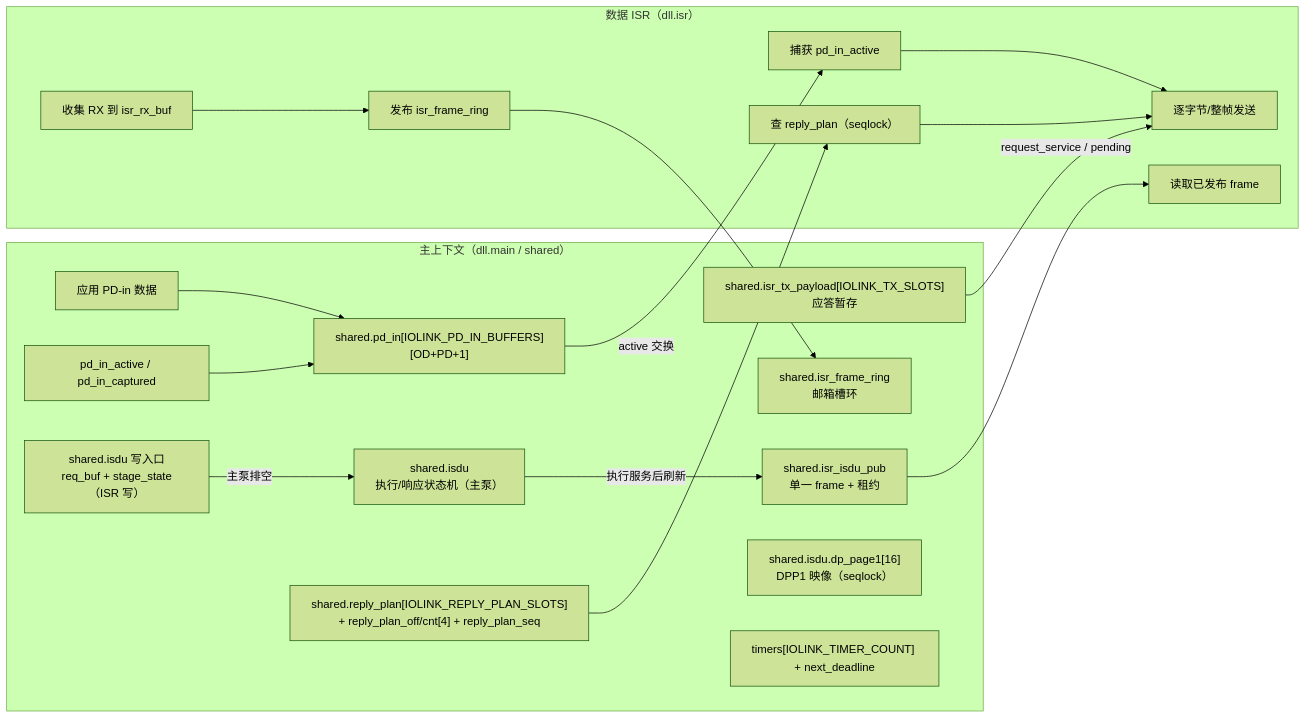
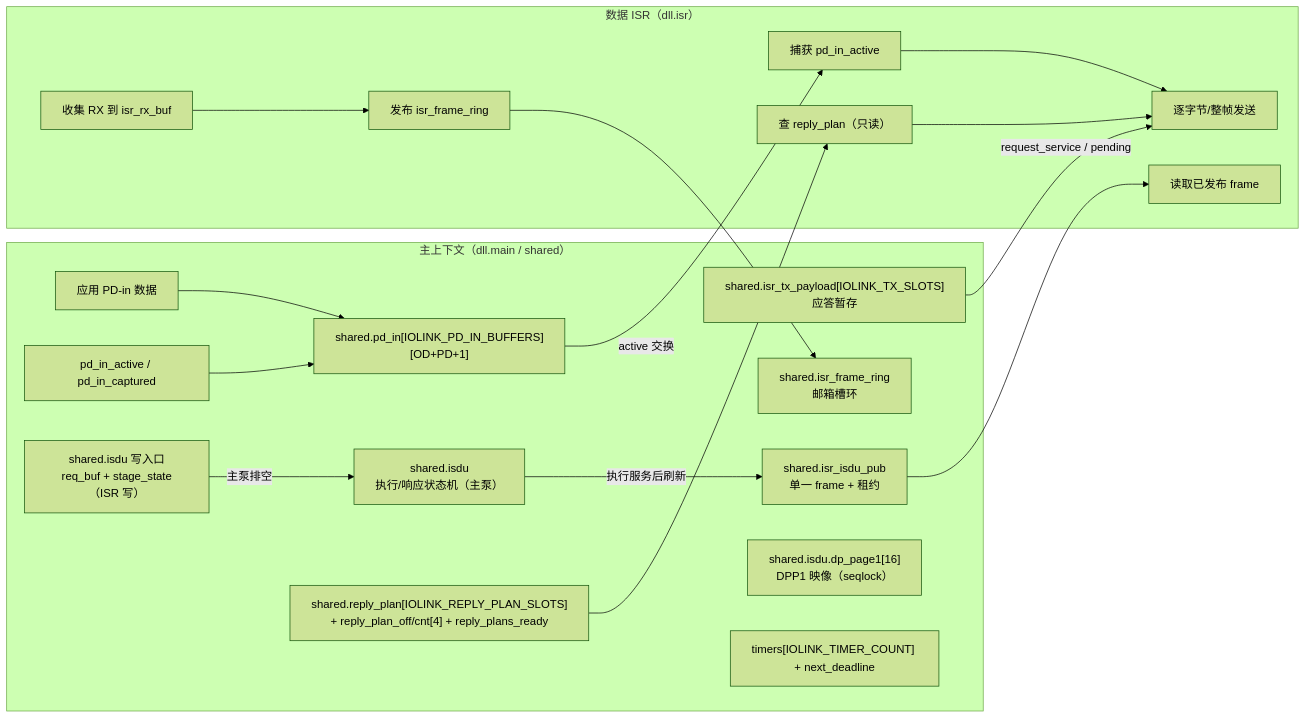
Diagram 17 of 17 in docs/CODE_FLOW.md (Adlyq/iolinki), drawn with Mermaid (forest theme) before and after one commit. The commit also changed other lines of this file and 22 other files, not shown here.

````diff
--- a/docs/CODE_FLOW.md
+++ b/docs/CODE_FLOW.md
@@ -959,36 +958,36 @@
 ```mermaid
 flowchart LR
     subgraph MAIN["主上下文（dll.main / shared）"]
         M1["应用 PD-in 数据"]
         M2["shared.pd_in[IOLINK_PD_IN_BUFFERS][OD+PD+1]"]
         M3["pd_in_active / pd_in_captured"]
         M4["shared.isr_tx_payload[IOLINK_TX_SLOTS]<br/>应答暂存"]
         M5["shared.isdu 写入口<br/>req_buf + stage_state（ISR 写）"]
         M8["shared.isdu<br/>执行/响应状态机（主泵）"]
         M6["shared.isr_isdu_pub<br/>单一 frame + 租约"]
         M7["shared.isr_frame_ring<br/>邮箱槽环"]
-        M9["shared.reply_plan[IOLINK_REPLY_PLAN_SLOTS]<br/>+ reply_plan_off/cnt[4] + reply_plan_seq"]
+        M9["shared.reply_plan[IOLINK_REPLY_PLAN_SLOTS]<br/>+ reply_plan_off/cnt[4] + reply_plans_ready"]
         M11["shared.isdu.dp_page1[16]<br/>DPP1 映像（seqlock）"]
         M10["timers[IOLINK_TIMER_COUNT] + next_deadline"]
     end
     subgraph ISR["数据 ISR（dll.isr）"]
         I1["捕获 pd_in_active"]
         I2["逐字节/整帧发送"]
         I3["收集 RX 到 isr_rx_buf"]
         I4["读取已发布 frame"]
         I5["发布 isr_frame_ring"]
-        I6["查 reply_plan（seqlock）"]
+        I6["查 reply_plan（只读）"]
     end
     M1 --> M2
     M3 --> M2
     M2 -->|active 交换| I1
     I1 --> I2
     M4 -->|request_service / pending| I2
     M5 -->|主泵排空| M8
     M8 -->|执行服务后刷新| M6
     M6 --> I4
     M9 --> I6
     I6 --> I2
     I3 --> I5
     I5 --> M7
 ```
````
